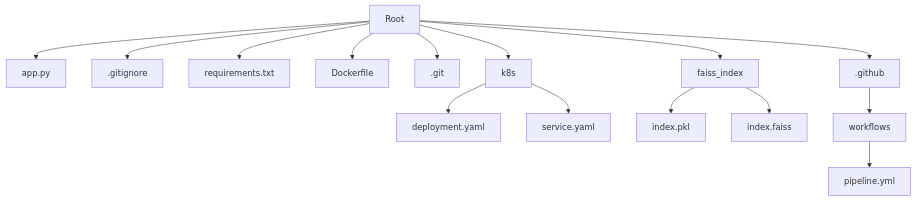
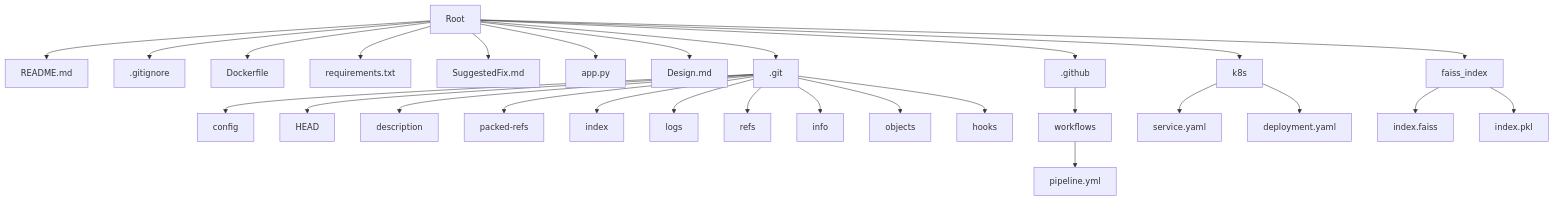
Before and after one commit to ashwanth01-pixel/flaskapp: the diagram in Design.md, drawn with Mermaid. The commit also changed other lines of this file and 2 other files, not shown here.

Commit message:
Automated: Add repo analysis, suggested fixes, and design diagram

````diff
--- a/Design.md
+++ b/Design.md
@@ -7,21 +7,35 @@
 ```mermaid
 graph TD
     A[Root]
-    A --> B[app.py]
+    A --> B[README.md]
     A --> C[.gitignore]
-    A --> D[requirements.txt]
-    A --> E[Dockerfile]
-    A --> F[.git]
-    A --> G[k8s]
-    A --> H[faiss_index]
-    A --> I[.github]
+    A --> D[Dockerfile]
+    A --> E[requirements.txt]
+    A --> F[SuggestedFix.md]
+    A --> G[app.py]
+    A --> H[Design.md]
+    A --> I[.git]
+    A --> J[.github]
+    A --> K[k8s]
+    A --> L[faiss_index]
     
-    G --> J[deployment.yaml]
-    G --> K[service.yaml]
+    I --> M[config]
+    I --> N[HEAD]
+    I --> O[description]
+    I --> P[packed-refs]
+    I --> Q[index]
+    I --> R[logs]
+    I --> S[refs]
+    I --> T[info]
+    I --> U[objects]
+    I --> V[hooks]
     
-    H --> L[index.pkl]
-    H --> M[index.faiss]
+    J --> W[workflows]
+    W --> X[pipeline.yml]
     
-    I --> N[workflows]
-    N --> O[pipeline.yml]
+    K --> Y[service.yaml]
+    K --> Z[deployment.yaml]
+    
+    L --> AA[index.faiss]
+    L --> AB[index.pkl]
 ```
````
